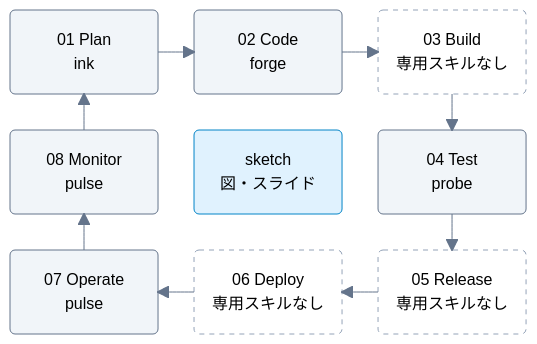
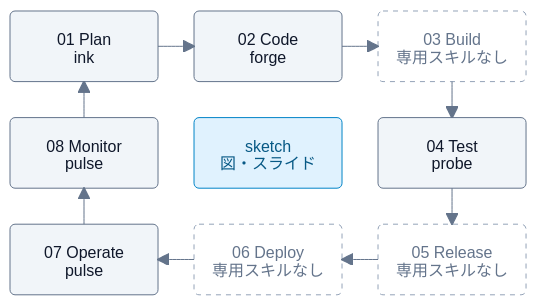
One commit to Wataru-Toriumi/agent-skills changed the diagram in docs/devops-coverage.md. Above: the diagram before and after it, drawn with Mermaid.

Commit message:
docs: prevent clipped labels in DevOps diagram

````diff
--- a/docs/devops-coverage.md
+++ b/docs/devops-coverage.md
@@ -6,33 +6,34 @@
 ```mermaid
 ---
 config:
   theme: base
+  htmlLabels: false
   themeVariables:
     fontFamily: sans-serif
     primaryColor: "#F1F5F9"
     primaryTextColor: "#0F172A"
     primaryBorderColor: "#64748B"
     lineColor: "#64748B"
   block:
     padding: 36
 ---
 block
     columns 3
     plan("01 Plan<br/>ink") code("02 Code<br/>forge") build("03 Build<br/>専用スキルなし")
     monitor("08 Monitor<br/>pulse") sketch("sketch<br/>図・スライド") test("04 Test<br/>probe")
     operate("07 Operate<br/>pulse") deploy("06 Deploy<br/>専用スキルなし") release("05 Release<br/>専用スキルなし")
 
     plan --> code
     code --> build
     build --> test
     test --> release
     release --> deploy
     deploy --> operate
     operate --> monitor
     monitor --> plan
 
     classDef uncovered fill:#FFFFFF,stroke:#94A3B8,color:#64748B,stroke-dasharray:5 5
     classDef shared fill:#E0F2FE,stroke:#0284C7,color:#075985
     class build,release,deploy uncovered
     class sketch shared
 ```
````
